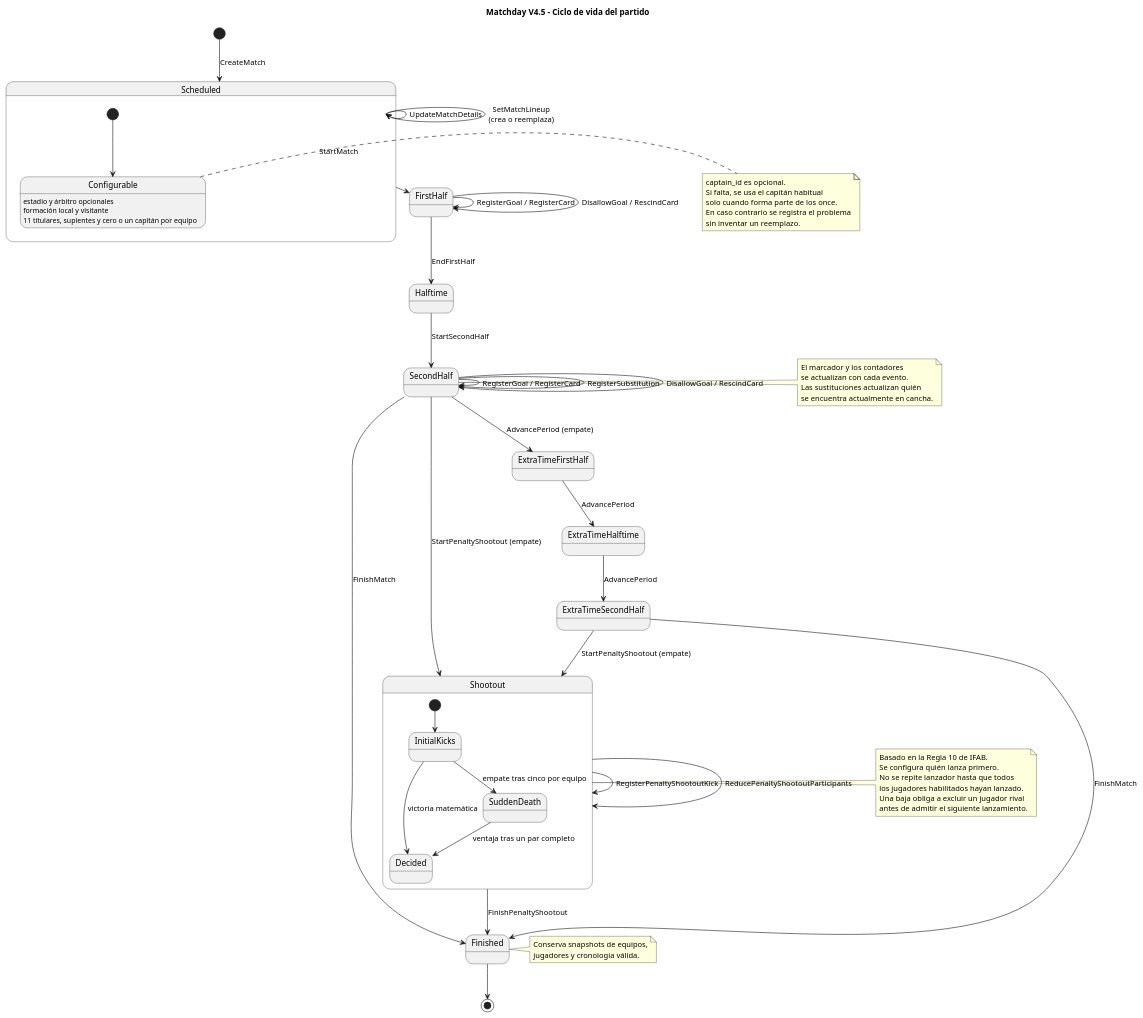
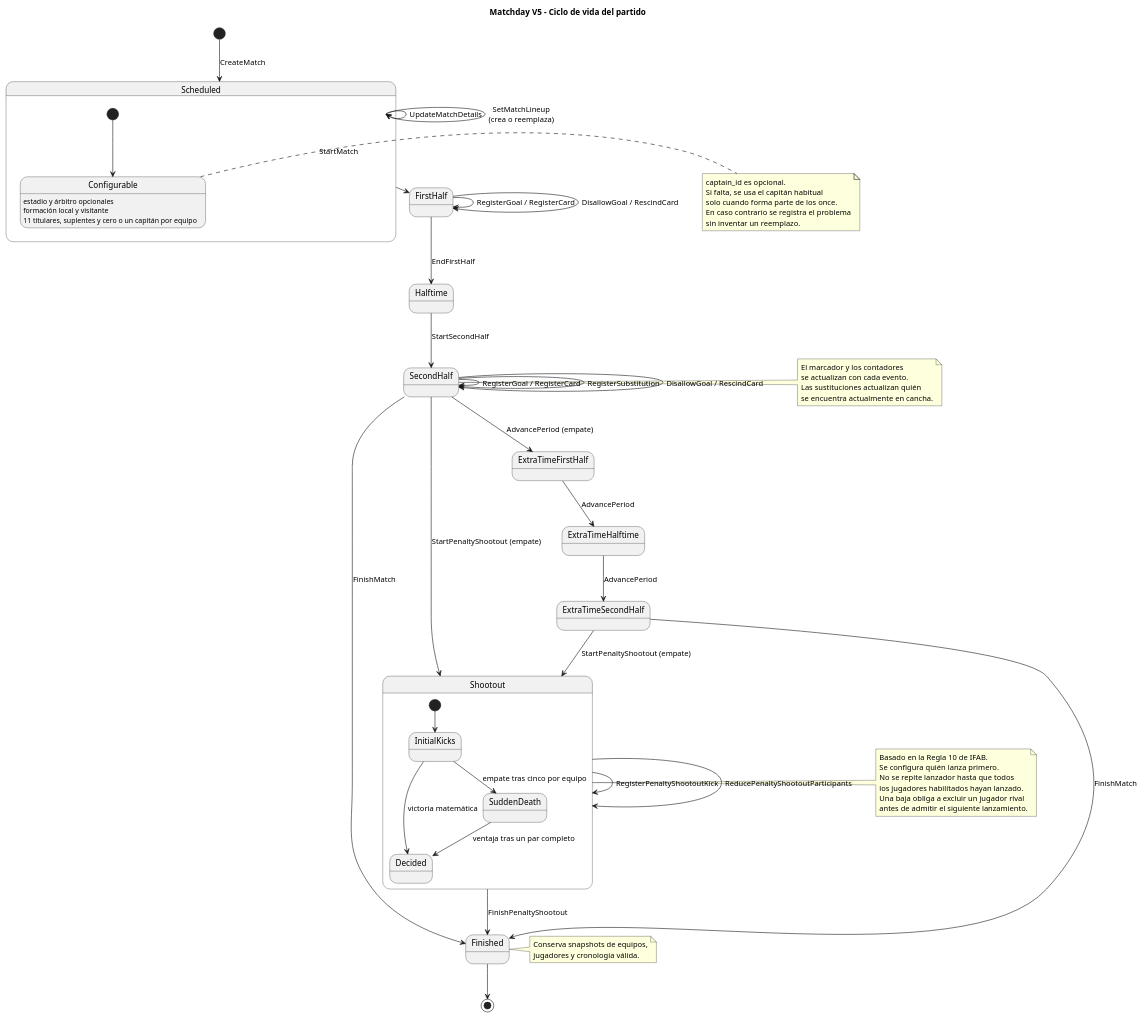
Before and after one commit to JaredDet/Match-Day: the diagram in docs/diagrams/match-lifecycle.puml, drawn with PlantUML. The commit also changed 58 other files, not shown here.

Commit message:
feat(matches): ampliar eventos y datos del partido

```diff
--- a/docs/diagrams/match-lifecycle.puml
+++ b/docs/diagrams/match-lifecycle.puml
@@ -1,69 +1,69 @@
 @startuml Match Lifecycle
-title Matchday V4.5 - Ciclo de vida del partido
+title Matchday V5 - Ciclo de vida del partido
 
 [*] --> Scheduled : CreateMatch
 Scheduled --> Scheduled : UpdateMatchDetails
 Scheduled --> Scheduled : SetMatchLineup\n(crea o reemplaza)
 Scheduled --> FirstHalf : StartMatch
 FirstHalf --> FirstHalf : RegisterGoal / RegisterCard
 FirstHalf --> FirstHalf : DisallowGoal / RescindCard
 FirstHalf --> Halftime : EndFirstHalf
 Halftime --> SecondHalf : StartSecondHalf
 SecondHalf --> SecondHalf : RegisterGoal / RegisterCard
 SecondHalf --> SecondHalf : RegisterSubstitution
 SecondHalf --> SecondHalf : DisallowGoal / RescindCard
 SecondHalf --> Finished : FinishMatch
 SecondHalf --> ExtraTimeFirstHalf : AdvancePeriod (empate)
 ExtraTimeFirstHalf --> ExtraTimeHalftime : AdvancePeriod
 ExtraTimeHalftime --> ExtraTimeSecondHalf : AdvancePeriod
 ExtraTimeSecondHalf --> Finished : FinishMatch
 SecondHalf --> Shootout : StartPenaltyShootout (empate)
 ExtraTimeSecondHalf --> Shootout : StartPenaltyShootout (empate)
 Shootout --> Shootout : RegisterPenaltyShootoutKick
 Shootout --> Shootout : ReducePenaltyShootoutParticipants
 Shootout --> Finished : FinishPenaltyShootout
 Finished --> [*]
 
 state Shootout {
   [*] --> InitialKicks
   InitialKicks --> Decided : victoria matemática
   InitialKicks --> SuddenDeath : empate tras cinco por equipo
   SuddenDeath --> Decided : ventaja tras un par completo
 }
 
 state Scheduled {
   [*] --> Configurable
   Configurable : estadio y árbitro opcionales
   Configurable : formación local y visitante
   Configurable : 11 titulares, suplentes y cero o un capitán por equipo
 }
 
 note right of Configurable
   captain_id es opcional.
   Si falta, se usa el capitán habitual
   solo cuando forma parte de los once.
   En caso contrario se registra el problema
   sin inventar un reemplazo.
 end note
 
 note right of SecondHalf
   El marcador y los contadores
   se actualizan con cada evento.
   Las sustituciones actualizan quién
   se encuentra actualmente en cancha.
 end note
 
 note right of Finished
   Conserva snapshots de equipos,
   jugadores y cronología válida.
 end note
 
 note right of Shootout
   Basado en la Regla 10 de IFAB.
   Se configura quién lanza primero.
   No se repite lanzador hasta que todos
   los jugadores habilitados hayan lanzado.
   Una baja obliga a excluir un jugador rival
   antes de admitir el siguiente lanzamiento.
 end note
 @enduml
```
